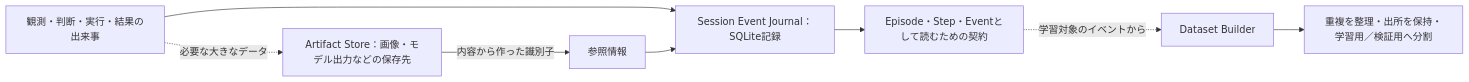
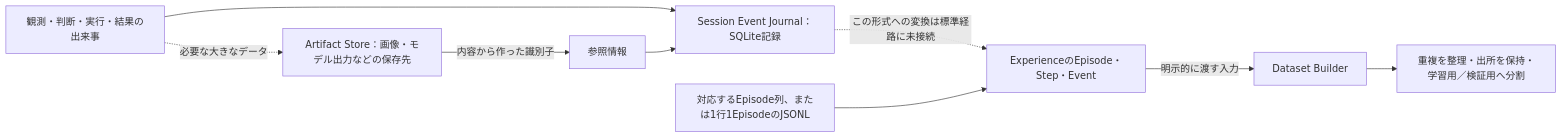
The second of 2 diagrams in doc/guide/records_learning.md (tomiya7688/AI_game_player), drawn with Mermaid before and after one commit. The commit also changed other lines of this file, not shown here.

````diff
--- a/doc/guide/records_learning.md
+++ b/doc/guide/records_learning.md
@@ -30,10 +33,11 @@
 ```mermaid
 flowchart LR
     A["観測・判断・実行・結果の出来事"] --> J["Session Event Journal：SQLite記録"]
     A -.->|必要な大きなデータ| F["Artifact Store：画像・モデル出力などの保存先"]
     F -->|内容から作った識別子| R["参照情報"]
     R --> J
-    J --> H["Episode・Step・Eventとして読むための契約"]
-    H -.->|学習対象のイベントから| D["Dataset Builder"]
+    J -.->|この形式への変換は標準経路に未接続| H["ExperienceのEpisode・Step・Event"]
+    I["対応するEpisode列、または1行1EpisodeのJSONL"] --> H
+    H -->|明示的に渡す入力| D["Dataset Builder"]
     D --> S["重複を整理・出所を保持・学習用／検証用へ分割"]
 ```
````
